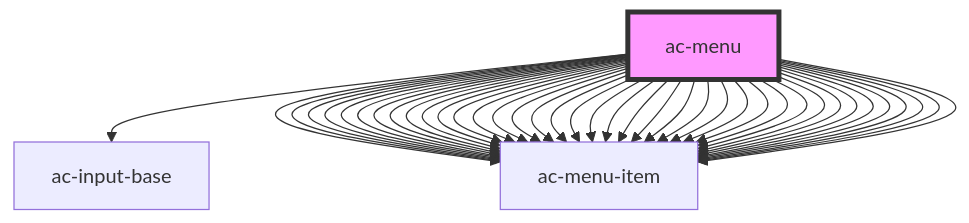
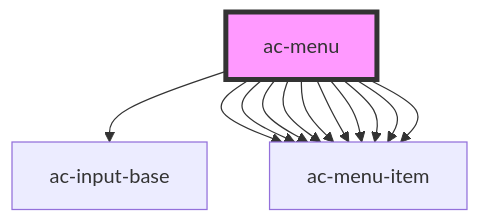
The diagram in src/components/molecules/ac-menu/readme.md (accera-tech/solar-components), drawn with Mermaid before and after one commit. The commit also changed other lines of this file and 2 other files, not shown here.

````diff
--- a/src/components/molecules/ac-menu/readme.md
+++ b/src/components/molecules/ac-menu/readme.md
@@ -71,43 +43,15 @@
 ```mermaid
 graph TD;
   ac-menu --> ac-input-base
   ac-menu --> ac-menu-item
   ac-menu --> ac-menu-item
   ac-menu --> ac-menu-item
   ac-menu --> ac-menu-item
   ac-menu --> ac-menu-item
   ac-menu --> ac-menu-item
   ac-menu --> ac-menu-item
   ac-menu --> ac-menu-item
   ac-menu --> ac-menu-item
   ac-menu --> ac-menu-item
-  ac-menu --> ac-menu-item
-  ac-menu --> ac-menu-item
-  ac-menu --> ac-menu-item
-  ac-menu --> ac-menu-item
-  ac-menu --> ac-menu-item
-  ac-menu --> ac-menu-item
-  ac-menu --> ac-menu-item
-  ac-menu --> ac-menu-item
-  ac-menu --> ac-menu-item
-  ac-menu --> ac-menu-item
-  ac-menu --> ac-menu-item
-  ac-menu --> ac-menu-item
-  ac-menu --> ac-menu-item
-  ac-menu --> ac-menu-item
-  ac-menu --> ac-menu-item
-  ac-menu --> ac-menu-item
-  ac-menu --> ac-menu-item
-  ac-menu --> ac-menu-item
-  ac-menu --> ac-menu-item
-  ac-menu --> ac-menu-item
-  ac-menu --> ac-menu-item
-  ac-menu --> ac-menu-item
-  ac-menu --> ac-menu-item
-  ac-menu --> ac-menu-item
-  ac-menu --> ac-menu-item
-  ac-menu --> ac-menu-item
-  ac-menu --> ac-menu-item
-  ac-menu --> ac-menu-item
   style ac-menu fill:#f9f,stroke:#333,stroke-width:4px
 ```
````
